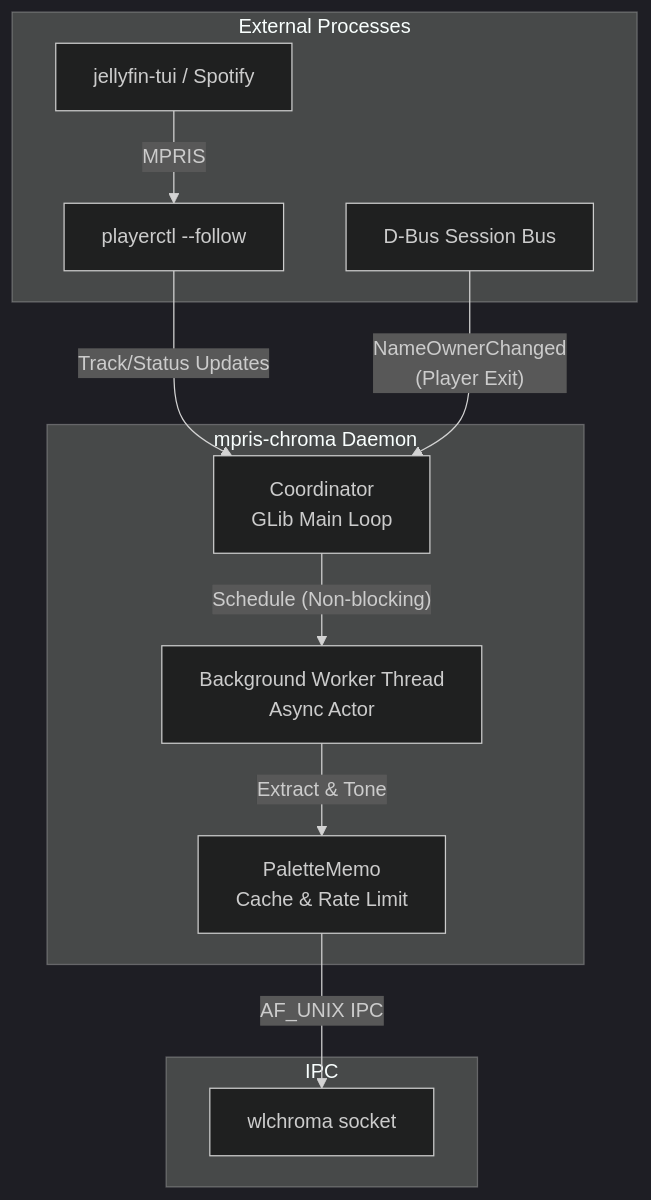
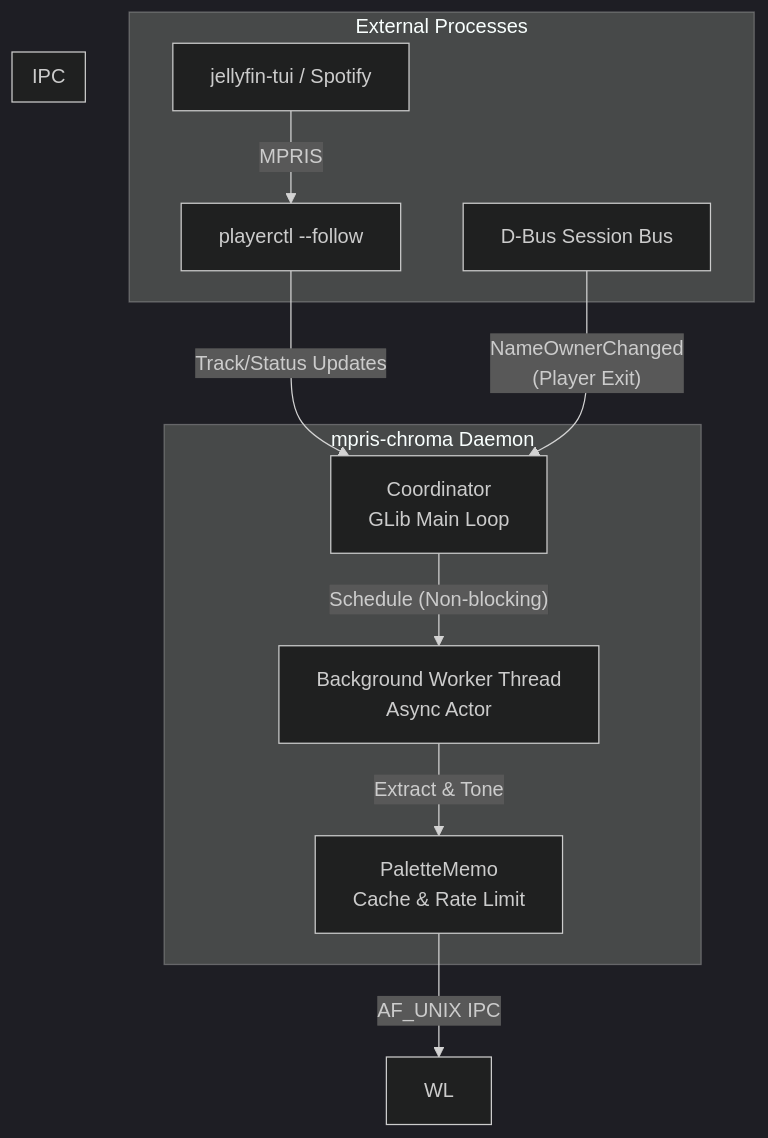
Before and after one commit to pxjx22/mpris-chroma: the diagram in README.md, drawn with Mermaid (dark theme).

````diff
--- a/README.md
+++ b/README.md
@@ -8,23 +8,25 @@
 ```mermaid
 flowchart TD
     subgraph External[External Processes]
         P1[jellyfin-tui / Spotify] -- MPRIS --> PC[playerctl --follow]
         DBus[D-Bus Session Bus]
     end
 
     subgraph Service[mpris-chroma Daemon]
         Coord[Coordinator\nGLib Main Loop]
         Worker[Background Worker Thread\nAsync Actor]
         Memo[PaletteMemo\nCache & Rate Limit]
     end
 
     subgraph Output[IPC]
-        WL[wlchroma socket]
+        Coord[Coordinator<br/>GLib Main Loop]
+        Worker[Background Worker Thread<br/>Async Actor]
+        Memo[PaletteMemo<br/>Cache & Rate Limit]
     end
 
     PC -- Track/Status Updates --> Coord
     DBus -- NameOwnerChanged\n(Player Exit) --> Coord
     Coord -- Schedule (Non-blocking) --> Worker
     Worker -- Extract & Tone --> Memo
     Memo -- AF_UNIX IPC --> WL
 ```
````
